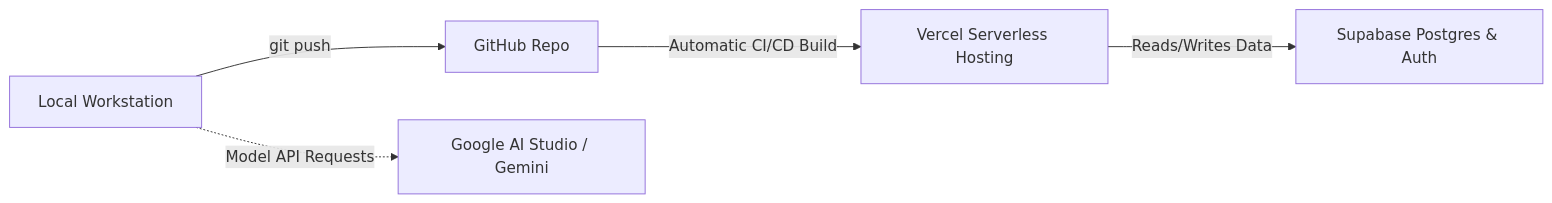
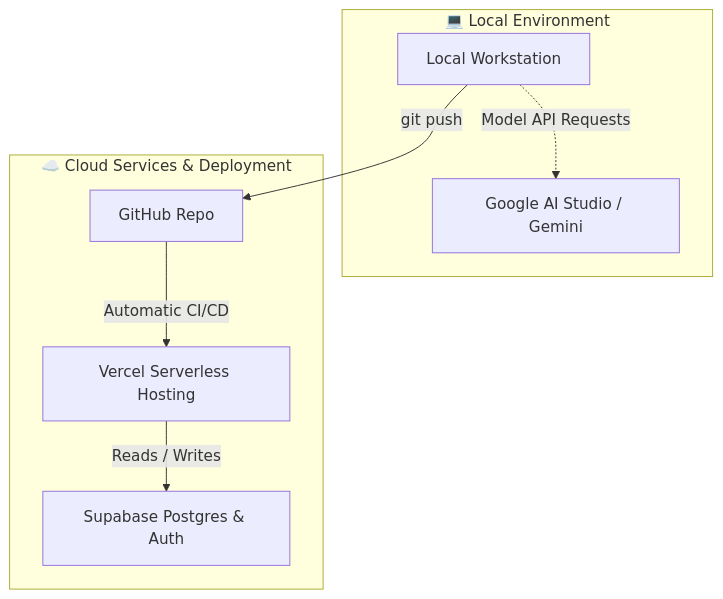
The diagram in docs/pre-workshop/02-account-provisioning.md (Karang1908/vibecoding), drawn with Mermaid before and after one commit. The commit also changed 32 other files, not shown here.

````diff
--- a/docs/pre-workshop/02-account-provisioning.md
+++ b/docs/pre-workshop/02-account-provisioning.md
@@ -18,7 +18,18 @@
 ```mermaid
-graph LR
-    A[Local Workstation] -->|git push| B[GitHub Repo]
-    B -->|Automatic CI/CD Build| C[Vercel Serverless Hosting]
-    C -->|Reads/Writes Data| D[Supabase Postgres & Auth]
-    A -.->|Model API Requests| E[Google AI Studio / Gemini]
+flowchart TD
+    subgraph Local ["💻 Local Environment"]
+        A["Local Workstation"]
+        E["Google AI Studio / Gemini"]
+        A -.->|"Model API Requests"| E
+    end
+
+    subgraph Cloud ["☁️ Cloud Services & Deployment"]
+        B["GitHub Repo"]
+        C["Vercel Serverless Hosting"]
+        D["Supabase Postgres & Auth"]
+        B -->|"Automatic CI/CD"| C
+        C -->|"Reads / Writes"| D
+    end
+
+    A -->|"git push"| B
 ```
````
